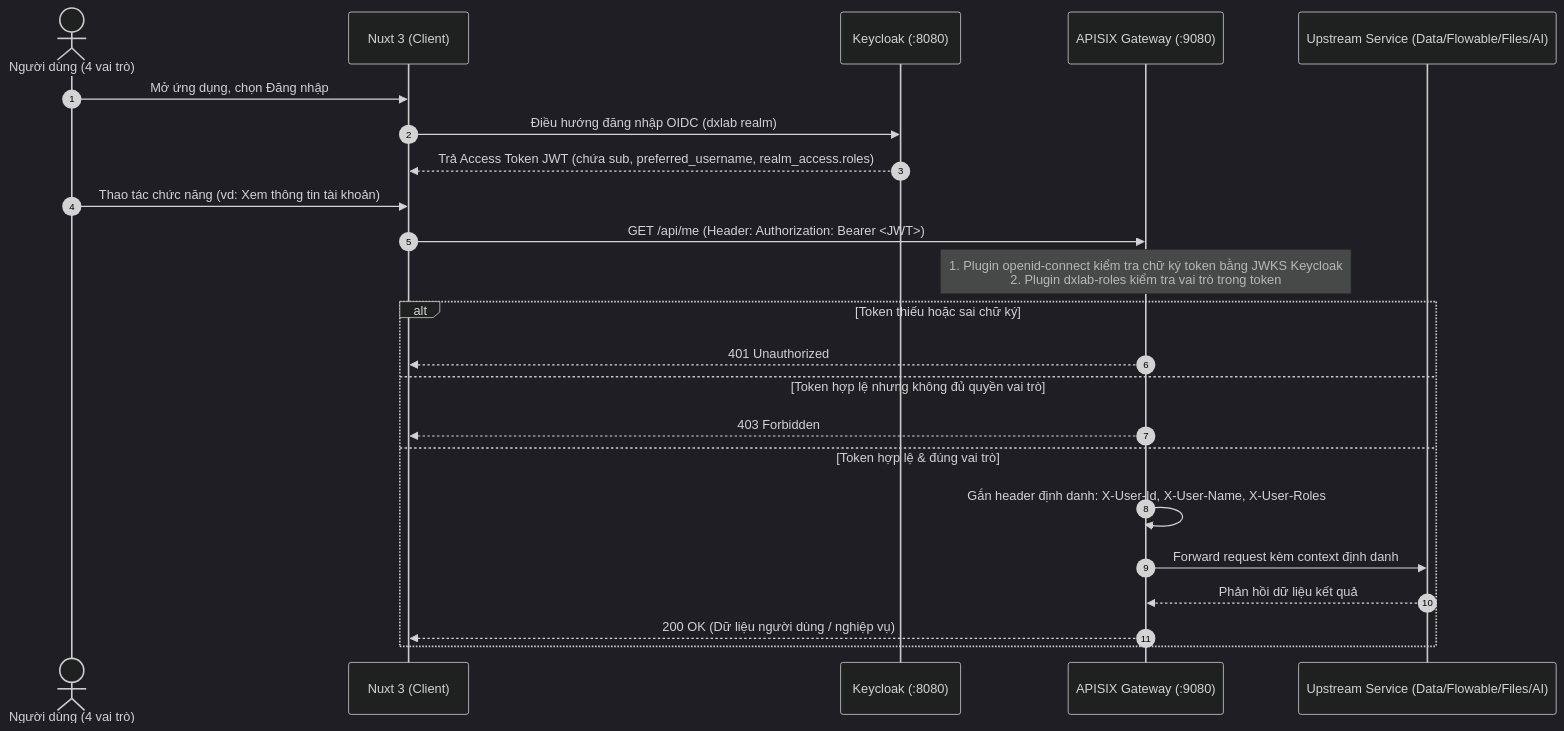
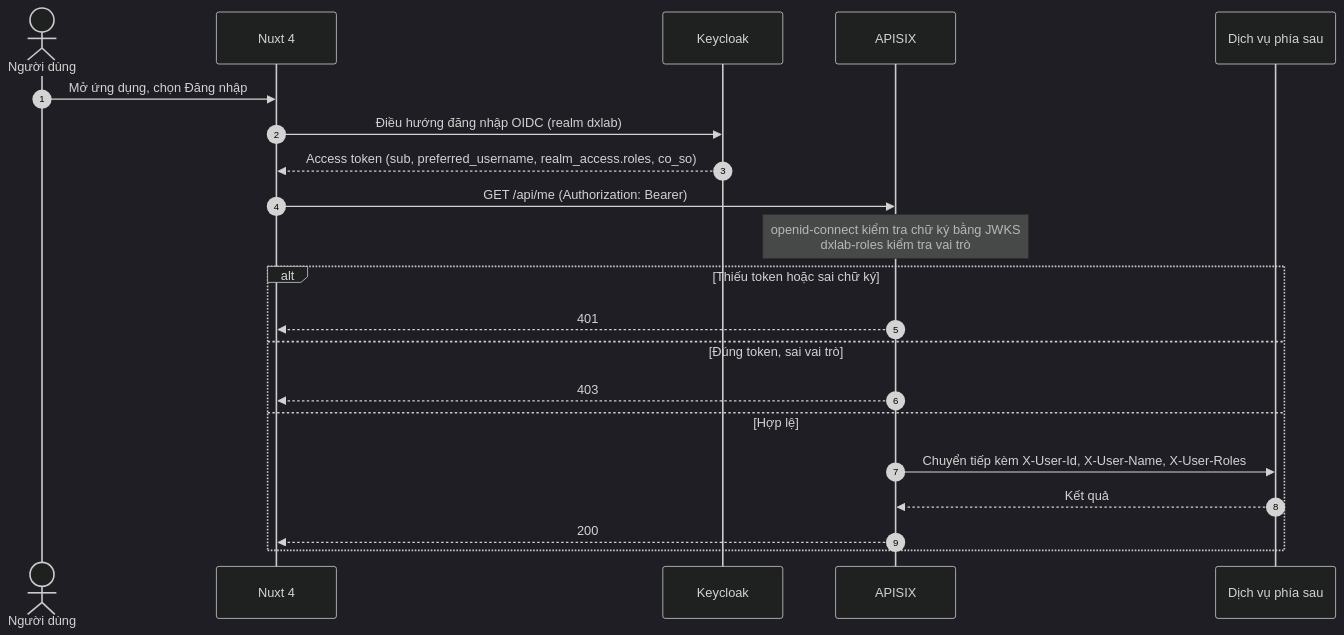
One commit to HaUI-Libre/dx-lab changed the second of 6 diagrams in docs/architecture.md. Above: the diagram before and after it, drawn with Mermaid (dark theme). The commit also changed other lines of this file and 10 other files, not shown here.

First line of the commit message:
docs: kiến trúc tích hợp hệ thống tài sản và bảng 7 lớp (#68)

````diff
--- a/docs/architecture.md
+++ b/docs/architecture.md
@@ -151,29 +249,24 @@
 ```mermaid
 sequenceDiagram
     autonumber
-    actor User as Người dùng (4 vai trò)
-    participant UI as Nuxt 3 (Client)
-    participant KC as Keycloak (:8080)
-    participant GW as APISIX Gateway (:9080)
-    participant Upstream as Upstream Service (Data/Flowable/Files/AI)
+    actor User as Người dùng
+    participant UI as Nuxt 4
+    participant KC as Keycloak
+    participant GW as APISIX
+    participant Up as Dịch vụ phía sau
 
     User->>UI: Mở ứng dụng, chọn Đăng nhập
-    UI->>KC: Điều hướng đăng nhập OIDC (dxlab realm)
-    KC-->>UI: Trả Access Token JWT (chứa sub, preferred_username, realm_access.roles)
-
-    User->>UI: Thao tác chức năng (vd: Xem thông tin tài khoản)
-    UI->>GW: GET /api/me (Header: Authorization: Bearer <JWT>)
-
-    Note over GW: 1. Plugin openid-connect kiểm tra chữ ký token bằng JWKS Keycloak<br/>2. Plugin dxlab-roles kiểm tra vai trò trong token
-
-    alt Token thiếu hoặc sai chữ ký
-        GW-->>UI: 401 Unauthorized
-    else Token hợp lệ nhưng không đủ quyền vai trò
-        GW-->>UI: 403 Forbidden
-    else Token hợp lệ & đúng vai trò
-        GW->>GW: Gắn header định danh: X-User-Id, X-User-Name, X-User-Roles
-        GW->>Upstream: Forward request kèm context định danh
-        Upstream-->>GW: Phản hồi dữ liệu kết quả
-        GW-->>UI: 200 OK (Dữ liệu người dùng / nghiệp vụ)
+    UI->>KC: Điều hướng đăng nhập OIDC (realm dxlab)
+    KC-->>UI: Access token (sub, preferred_username, realm_access.roles, co_so)
+    UI->>GW: GET /api/me (Authorization: Bearer)
+    Note over GW: openid-connect kiểm tra chữ ký bằng JWKS<br/>dxlab-roles kiểm tra vai trò
+    alt Thiếu token hoặc sai chữ ký
+        GW-->>UI: 401
+    else Đúng token, sai vai trò
+        GW-->>UI: 403
+    else Hợp lệ
+        GW->>Up: Chuyển tiếp kèm X-User-Id, X-User-Name, X-User-Roles
+        Up-->>GW: Kết quả
+        GW-->>UI: 200
     end
 ```
````
